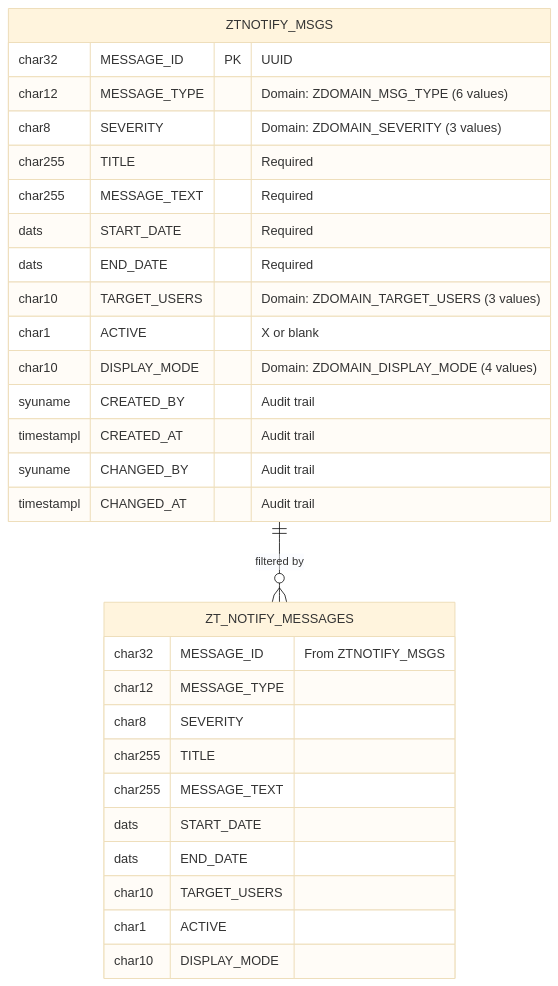
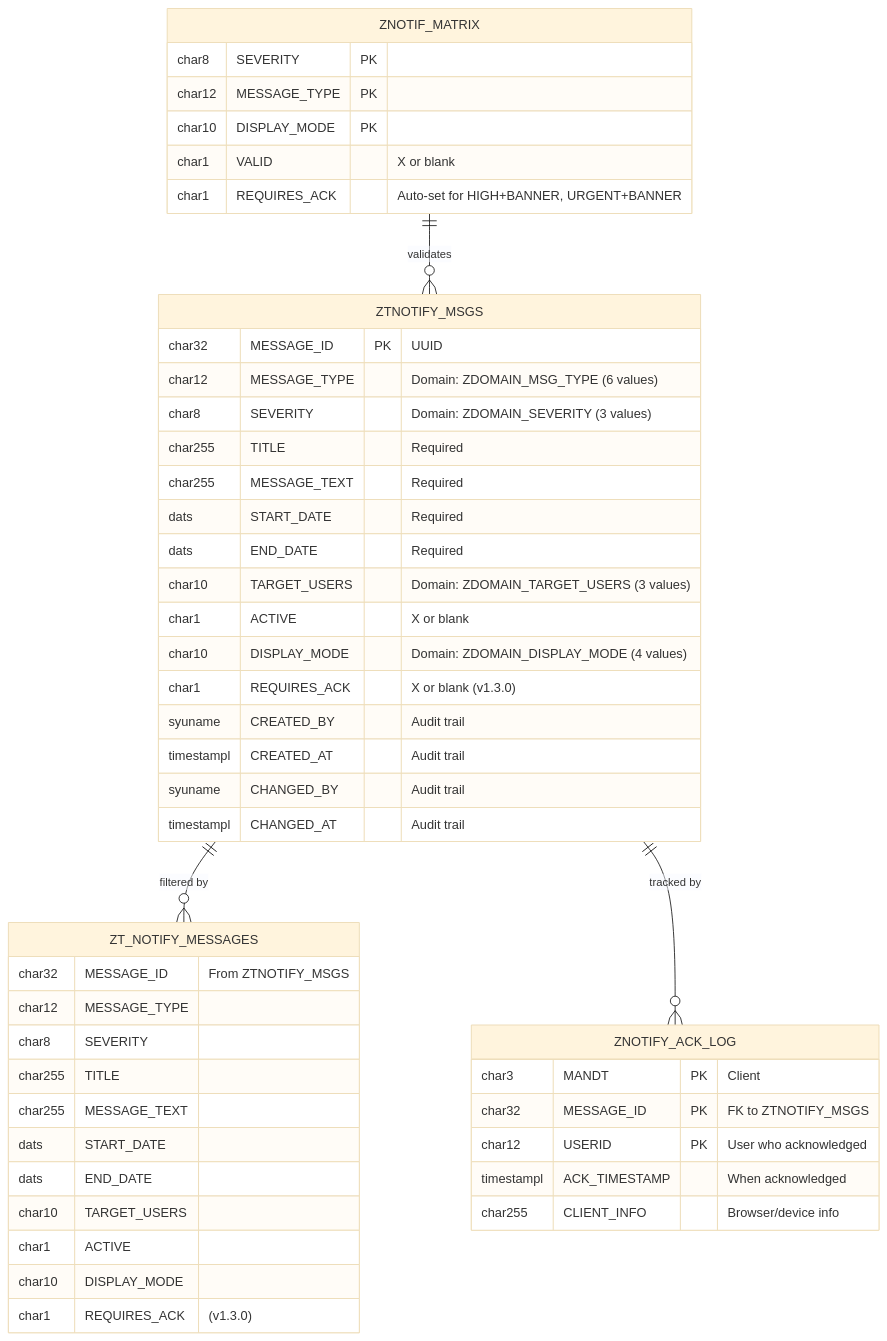
One commit to Raistlin82/sap-fiori-notification-banner changed the fourth of 5 diagrams in docs/ARCHITECTURE.md. Above: the diagram before and after it, drawn with Mermaid (base theme). The commit also changed other lines of this file and 9 other files, not shown here.

````diff
--- a/docs/ARCHITECTURE.md
+++ b/docs/ARCHITECTURE.md
@@ -183,34 +183,54 @@
 ```mermaid
 erDiagram
     ZTNOTIFY_MSGS ||--o{ ZT_NOTIFY_MESSAGES : "filtered by"
+    ZTNOTIFY_MSGS ||--o{ ZNOTIFY_ACK_LOG : "tracked by"
+    ZNOTIF_MATRIX ||--o{ ZTNOTIFY_MSGS : "validates"
 
     ZTNOTIFY_MSGS {
         char32 MESSAGE_ID PK "UUID"
         char12 MESSAGE_TYPE "Domain: ZDOMAIN_MSG_TYPE (6 values)"
         char8 SEVERITY "Domain: ZDOMAIN_SEVERITY (3 values)"
         char255 TITLE "Required"
         char255 MESSAGE_TEXT "Required"
         dats START_DATE "Required"
         dats END_DATE "Required"
         char10 TARGET_USERS "Domain: ZDOMAIN_TARGET_USERS (3 values)"
         char1 ACTIVE "X or blank"
         char10 DISPLAY_MODE "Domain: ZDOMAIN_DISPLAY_MODE (4 values)"
+        char1 REQUIRES_ACK "X or blank (v1.3.0)"
         syuname CREATED_BY "Audit trail"
         timestampl CREATED_AT "Audit trail"
         syuname CHANGED_BY "Audit trail"
         timestampl CHANGED_AT "Audit trail"
+    }
+
+    ZNOTIFY_ACK_LOG {
+        char3 MANDT PK "Client"
+        char32 MESSAGE_ID PK "FK to ZTNOTIFY_MSGS"
+        char12 USERID PK "User who acknowledged"
+        timestampl ACK_TIMESTAMP "When acknowledged"
+        char255 CLIENT_INFO "Browser/device info"
     }
 
     ZT_NOTIFY_MESSAGES {
         char32 MESSAGE_ID "From ZTNOTIFY_MSGS"
         char12 MESSAGE_TYPE
         char8 SEVERITY
         char255 TITLE
         char255 MESSAGE_TEXT
         dats START_DATE
         dats END_DATE
         char10 TARGET_USERS
         char1 ACTIVE
         char10 DISPLAY_MODE
+        char1 REQUIRES_ACK "(v1.3.0)"
+    }
+
+    ZNOTIF_MATRIX {
+        char8 SEVERITY PK
+        char12 MESSAGE_TYPE PK
+        char10 DISPLAY_MODE PK
+        char1 VALID "X or blank"
+        char1 REQUIRES_ACK "Auto-set for HIGH+BANNER, URGENT+BANNER"
     }
 ```
````
